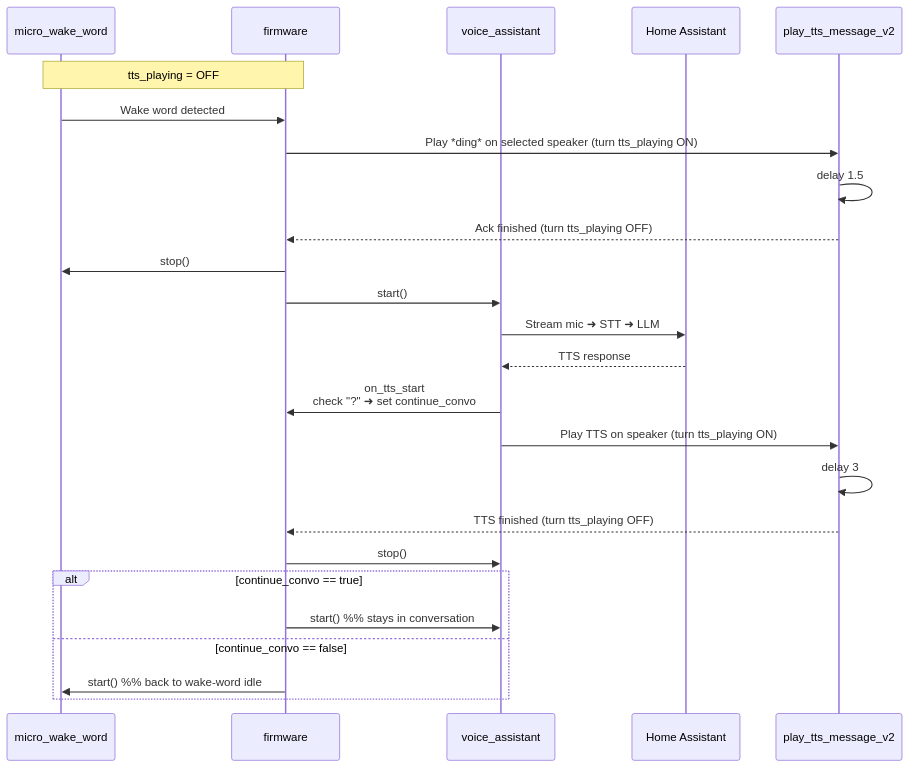
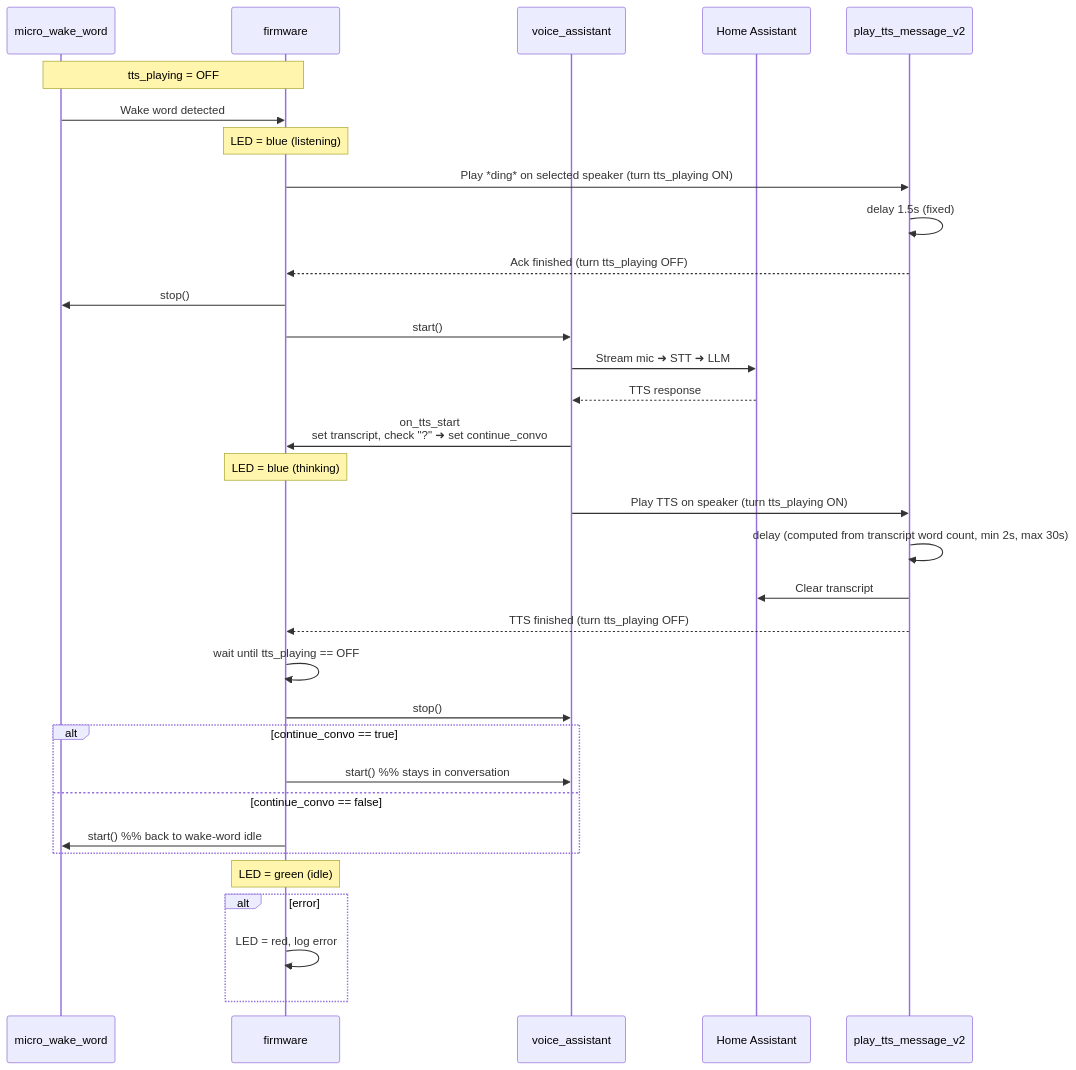
The diagram in README.md (bofisher/atom_cont_conv), drawn with Mermaid before and after one commit. The commit also changed other lines of this file, not shown here.

Commit message:
Update README: clarify logic, diagram, and usage details

````diff
--- a/README.md
+++ b/README.md
@@ -39,27 +42,35 @@
 ```mermaid
 sequenceDiagram
     participant MW as micro_wake_word
     participant FW as firmware
     participant VA as voice_assistant
     participant HA as Home Assistant
     participant SCR as play_tts_message_v2
     Note over MW,FW: tts_playing = OFF
     MW->>FW: Wake word detected
+    Note over FW: LED = blue (listening)
     FW->>SCR: Play *ding* on selected speaker (turn tts_playing ON)
-    SCR->>SCR: delay 1.5
+    SCR->>SCR: delay 1.5s (fixed)
     SCR-->>FW: Ack finished (turn tts_playing OFF)
     FW->>MW: stop()
     FW->>VA: start()
     VA->>HA: Stream mic ➜ STT ➜ LLM
     HA-->>VA: TTS response
-    VA->>FW: on_tts_start<br/>check "?" ➜ set continue_convo
+    VA->>FW: on_tts_start<br/>set transcript, check "?" ➜ set continue_convo
+    Note over FW: LED = blue (thinking)
     VA->>SCR: Play TTS on speaker (turn tts_playing ON)
-    SCR->>SCR: delay 3
+    SCR->>SCR: delay (computed from transcript word count, min 2s, max 30s)
+    SCR->>HA: Clear transcript
     SCR-->>FW: TTS finished (turn tts_playing OFF)
+    FW->>FW: wait until tts_playing == OFF
     FW->>VA: stop()
     alt continue_convo == true
         FW->>VA: start()  %% stays in conversation
     else continue_convo == false
         FW->>MW: start()  %% back to wake‑word idle
     end
+    Note over FW: LED = green (idle)
+    alt error
+        FW->>FW: LED = red, log error
+    end
 ```
````
